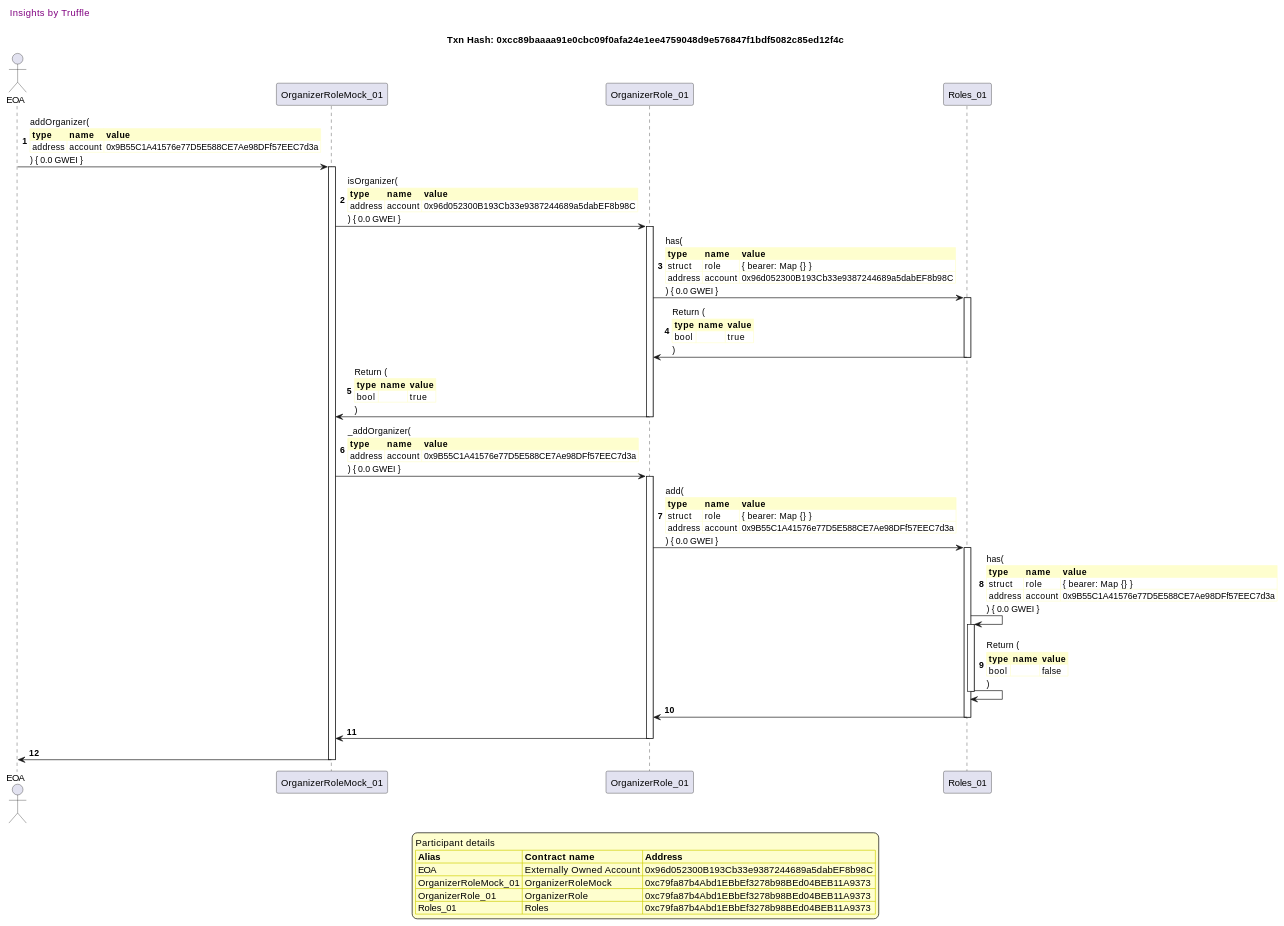
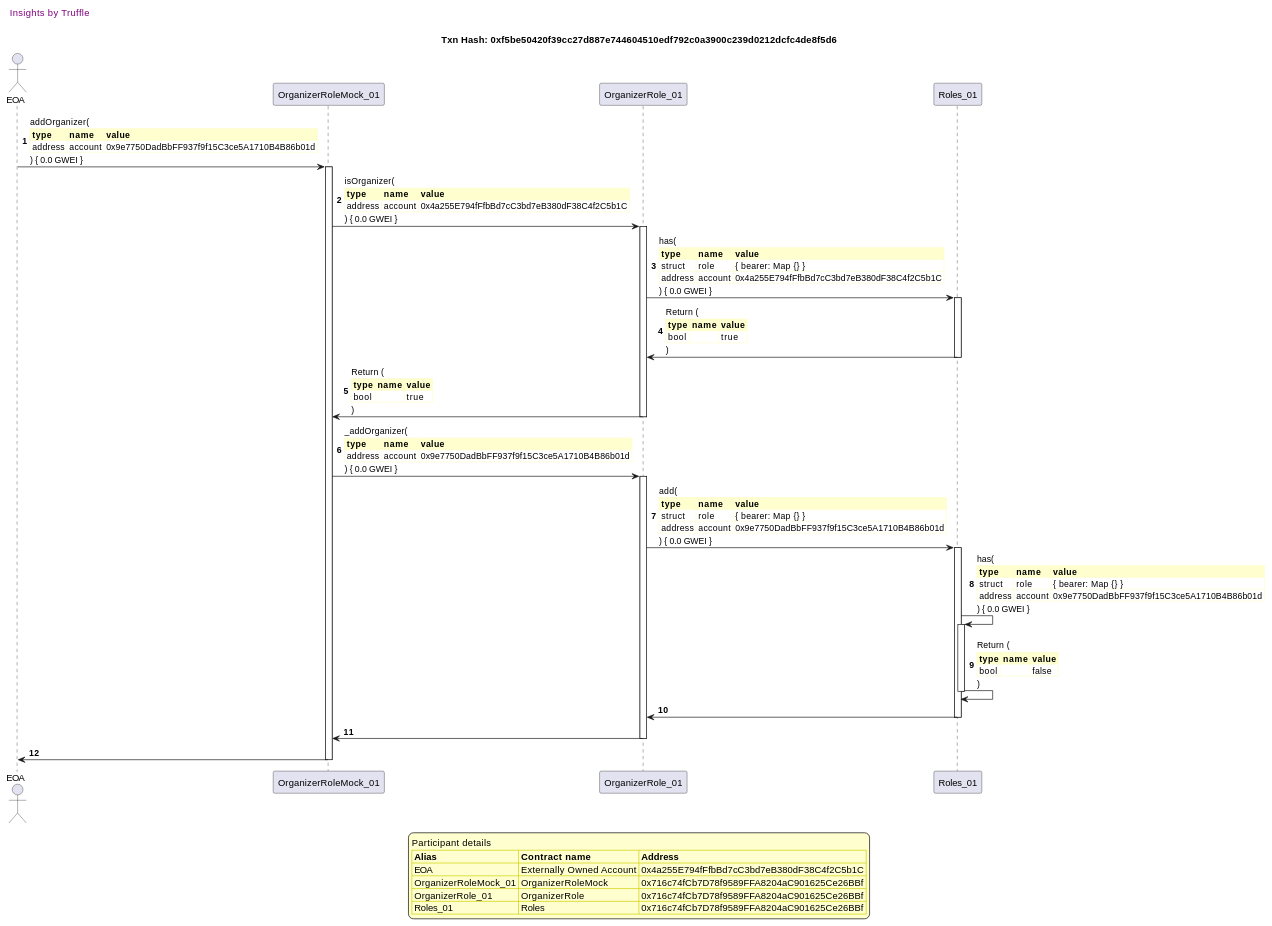
Before and after one commit to fodisi/hackapay: the fourth of 41 diagrams in truffle-seq/roles_organizerrole.md, drawn with PlantUML. The commit also changed other lines of this file and 10 other files, not shown here.

````diff
--- a/truffle-seq/roles_organizerrole.md
+++ b/truffle-seq/roles_organizerrole.md
@@ -239,81 +239,81 @@
 ```plantuml
 
 
 @startuml
 
 autonumber
 skinparam legendBackgroundColor #FEFECE
 
 <style>
       header {
         HorizontalAlignment left
         FontColor purple
         FontSize 14
         Padding 10
       }
     </style>
 
 header Insights by Truffle
 
-title Txn Hash: 0xcc89baaaa91e0cbc09f0afa24e1ee4759048d9e576847f1bdf5082c85ed12f4c
+title Txn Hash: 0xf5be50420f39cc27d887e744604510edf792c0a3900c239d0212dcfc4de8f5d6
 
 
 actor EOA as "EOA"
 participant OrganizerRoleMock_01 as "OrganizerRoleMock_01"
 participant OrganizerRole_01 as "OrganizerRole_01"
 participant Roles_01 as "Roles_01"
 
 "EOA" -> "OrganizerRoleMock_01" ++: addOrganizer(\n\
 <#FEFECE,#FEFECE>|= type |= name |= value |\n\
-| address | account | 0x9B55C1A41576e77D5E588CE7Ae98DFf57EEC7d3a |\n\
+| address | account | 0x9e7750DadBbFF937f9f15C3ce5A1710B4B86b01d |\n\
 ) { 0.0 GWEI }
 "OrganizerRoleMock_01" -> "OrganizerRole_01" ++: isOrganizer(\n\
 <#FEFECE,#FEFECE>|= type |= name |= value |\n\
-| address | account | 0x96d052300B193Cb33e9387244689a5dabEF8b98C |\n\
+| address | account | 0x4a255E794fFfbBd7cC3bd7eB380dF38C4f2C5b1C |\n\
 ) { 0.0 GWEI }
 "OrganizerRole_01" -> "Roles_01" ++: has(\n\
 <#FEFECE,#FEFECE>|= type |= name |= value |\n\
 | struct | role | { bearer: Map {} } |\n\
-| address | account | 0x96d052300B193Cb33e9387244689a5dabEF8b98C |\n\
+| address | account | 0x4a255E794fFfbBd7cC3bd7eB380dF38C4f2C5b1C |\n\
 ) { 0.0 GWEI }
 "Roles_01" -> "OrganizerRole_01" --: Return (\n\
 <#FEFECE,#FEFECE>|= type |= name |= value |\n\
 | bool |  | true |\n\
 )
 "OrganizerRole_01" -> "OrganizerRoleMock_01" --: Return (\n\
 <#FEFECE,#FEFECE>|= type |= name |= value |\n\
 | bool |  | true |\n\
 )
 "OrganizerRoleMock_01" -> "OrganizerRole_01" ++: _addOrganizer(\n\
 <#FEFECE,#FEFECE>|= type |= name |= value |\n\
-| address | account | 0x9B55C1A41576e77D5E588CE7Ae98DFf57EEC7d3a |\n\
+| address | account | 0x9e7750DadBbFF937f9f15C3ce5A1710B4B86b01d |\n\
 ) { 0.0 GWEI }
 "OrganizerRole_01" -> "Roles_01" ++: add(\n\
 <#FEFECE,#FEFECE>|= type |= name |= value |\n\
 | struct | role | { bearer: Map {} } |\n\
-| address | account | 0x9B55C1A41576e77D5E588CE7Ae98DFf57EEC7d3a |\n\
+| address | account | 0x9e7750DadBbFF937f9f15C3ce5A1710B4B86b01d |\n\
 ) { 0.0 GWEI }
 "Roles_01" -> "Roles_01" ++: has(\n\
 <#FEFECE,#FEFECE>|= type |= name |= value |\n\
 | struct | role | { bearer: Map {} } |\n\
-| address | account | 0x9B55C1A41576e77D5E588CE7Ae98DFf57EEC7d3a |\n\
+| address | account | 0x9e7750DadBbFF937f9f15C3ce5A1710B4B86b01d |\n\
 ) { 0.0 GWEI }
 "Roles_01" -> "Roles_01" --: Return (\n\
 <#FEFECE,#FEFECE>|= type |= name |= value |\n\
 | bool |  | false |\n\
 )
 "Roles_01" -> "OrganizerRole_01" --: 
 "OrganizerRole_01" -> "OrganizerRoleMock_01" --: 
 "OrganizerRoleMock_01" -> "EOA" --: 
 
 legend
 Participant details
 <#FEFECE,#D0D000>|= Alias |= Contract name |= Address |
-<#FEFECE>| EOA | Externally Owned Account | 0x96d052300B193Cb33e9387244689a5dabEF8b98C |
-<#FEFECE>| OrganizerRoleMock_01 | OrganizerRoleMock | 0xc79fa87b4Abd1EBbEf3278b98BEd04BEB11A9373 |
-<#FEFECE>| OrganizerRole_01 | OrganizerRole | 0xc79fa87b4Abd1EBbEf3278b98BEd04BEB11A9373 |
-<#FEFECE>| Roles_01 | Roles | 0xc79fa87b4Abd1EBbEf3278b98BEd04BEB11A9373 |
+<#FEFECE>| EOA | Externally Owned Account | 0x4a255E794fFfbBd7cC3bd7eB380dF38C4f2C5b1C |
+<#FEFECE>| OrganizerRoleMock_01 | OrganizerRoleMock | 0x716c74fCb7D78f9589FFA8204aC901625Ce26BBf |
+<#FEFECE>| OrganizerRole_01 | OrganizerRole | 0x716c74fCb7D78f9589FFA8204aC901625Ce26BBf |
+<#FEFECE>| Roles_01 | Roles | 0x716c74fCb7D78f9589FFA8204aC901625Ce26BBf |
 endlegend
 
 @enduml
 ```
````
